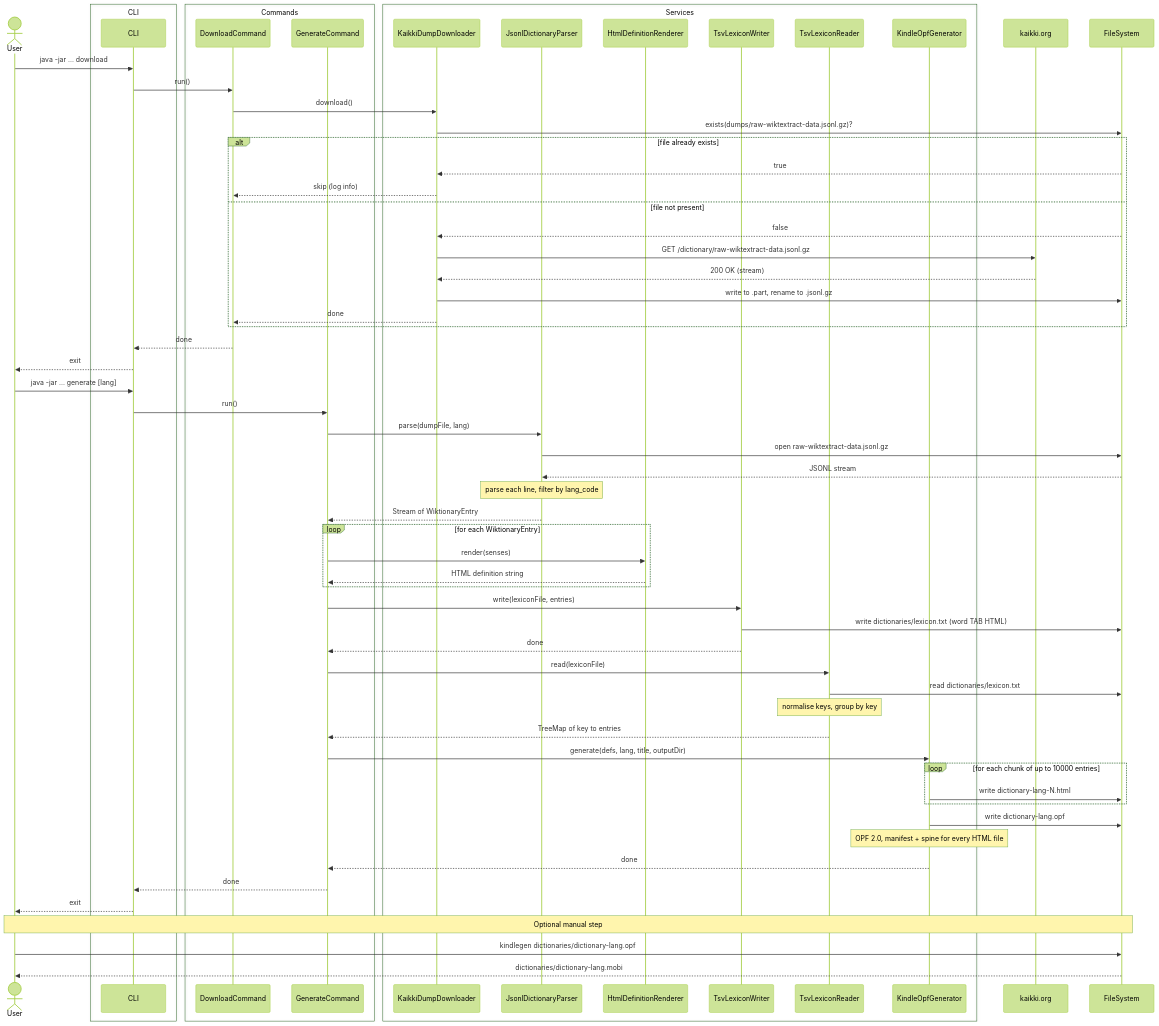
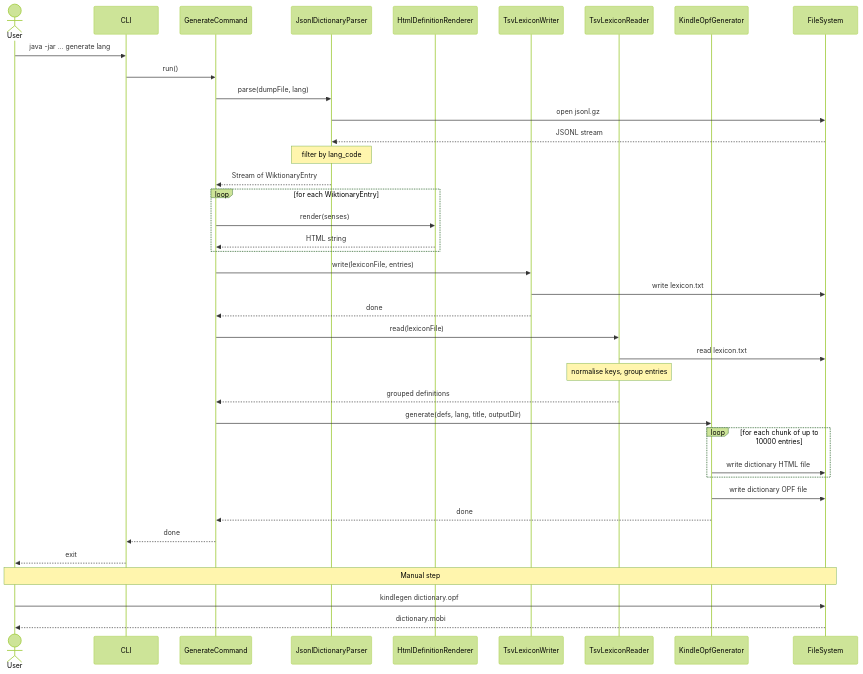
Before and after one commit to nyg/wiktionary-to-kindle: the second of 2 diagrams in docs/program-flow.md, drawn with Mermaid (forest theme).

Commit message:
docs: split sequence diagram into two, fix Mermaid syntax issues
- Split single diagram into separate Download and Generate sections
- Remove box groupings (unsupported in some GitHub Mermaid versions)
- Remove self-arrows that cause rendering issues
- Quote kaikki.org participant using 'as' alias
- Remove Unicode chars (→, ≤) and HTML tags (<br/>) from labels
- Remove {lang} template placeholders from labels

````diff
--- a/docs/program-flow.md
+++ b/docs/program-flow.md
@@ -3,89 +37,50 @@
 ```mermaid
 sequenceDiagram
     actor User
-
-    box CLI
-        participant CLI
-    end
-
-    box Commands
-        participant DownloadCommand
-        participant GenerateCommand
-    end
-
-    box Services
-        participant KaikkiDumpDownloader
-        participant JsonlDictionaryParser
-        participant HtmlDefinitionRenderer
-        participant TsvLexiconWriter
-        participant TsvLexiconReader
-        participant KindleOpfGenerator
-    end
-
-    participant kaikki.org
+    participant CLI
+    participant GenerateCommand
+    participant JsonlDictionaryParser
+    participant HtmlDefinitionRenderer
+    participant TsvLexiconWriter
+    participant TsvLexiconReader
+    participant KindleOpfGenerator
     participant FileSystem
 
-    %% ── download command ──────────────────────────────────────────────────────
-    User->>CLI: java -jar ... download
-
-    CLI->>DownloadCommand: run()
-    DownloadCommand->>KaikkiDumpDownloader: download()
-    KaikkiDumpDownloader->>FileSystem: exists(dumps/raw-wiktextract-data.jsonl.gz)?
-
-    alt file already exists
-        FileSystem-->>KaikkiDumpDownloader: true
-        KaikkiDumpDownloader-->>DownloadCommand: skip (log info)
-    else file not present
-        FileSystem-->>KaikkiDumpDownloader: false
-        KaikkiDumpDownloader->>kaikki.org: GET /dictionary/raw-wiktextract-data.jsonl.gz
-        kaikki.org-->>KaikkiDumpDownloader: 200 OK (stream)
-        KaikkiDumpDownloader->>FileSystem: write to .part, rename to .jsonl.gz
-        KaikkiDumpDownloader-->>DownloadCommand: done
-    end
-
-    DownloadCommand-->>CLI: done
-    CLI-->>User: exit
-
-    %% ── generate command ──────────────────────────────────────────────────────
-    User->>CLI: java -jar ... generate [lang]
-
+    User->>CLI: java -jar ... generate lang
     CLI->>GenerateCommand: run()
 
     GenerateCommand->>JsonlDictionaryParser: parse(dumpFile, lang)
-    JsonlDictionaryParser->>FileSystem: open raw-wiktextract-data.jsonl.gz
+    JsonlDictionaryParser->>FileSystem: open jsonl.gz
     FileSystem-->>JsonlDictionaryParser: JSONL stream
-    Note over JsonlDictionaryParser: parse each line, filter by lang_code
+    Note over JsonlDictionaryParser: filter by lang_code
     JsonlDictionaryParser-->>GenerateCommand: Stream of WiktionaryEntry
 
     loop for each WiktionaryEntry
         GenerateCommand->>HtmlDefinitionRenderer: render(senses)
-        HtmlDefinitionRenderer-->>GenerateCommand: HTML definition string
+        HtmlDefinitionRenderer-->>GenerateCommand: HTML string
     end
 
     GenerateCommand->>TsvLexiconWriter: write(lexiconFile, entries)
-    TsvLexiconWriter->>FileSystem: write dictionaries/lexicon.txt (word TAB HTML)
+    TsvLexiconWriter->>FileSystem: write lexicon.txt
     TsvLexiconWriter-->>GenerateCommand: done
 
     GenerateCommand->>TsvLexiconReader: read(lexiconFile)
-    TsvLexiconReader->>FileSystem: read dictionaries/lexicon.txt
-    Note over TsvLexiconReader: normalise keys, group by key
-    TsvLexiconReader-->>GenerateCommand: TreeMap of key to entries
+    TsvLexiconReader->>FileSystem: read lexicon.txt
+    Note over TsvLexiconReader: normalise keys, group entries
+    TsvLexiconReader-->>GenerateCommand: grouped definitions
 
     GenerateCommand->>KindleOpfGenerator: generate(defs, lang, title, outputDir)
 
     loop for each chunk of up to 10000 entries
-        KindleOpfGenerator->>FileSystem: write dictionary-lang-N.html
+        KindleOpfGenerator->>FileSystem: write dictionary HTML file
     end
 
-    KindleOpfGenerator->>FileSystem: write dictionary-lang.opf
-    Note over KindleOpfGenerator: OPF 2.0, manifest + spine for every HTML file
-
+    KindleOpfGenerator->>FileSystem: write dictionary OPF file
     KindleOpfGenerator-->>GenerateCommand: done
     GenerateCommand-->>CLI: done
     CLI-->>User: exit
 
-    %% ── kindlegen (manual step) ───────────────────────────────────────────────
-    Note over User,FileSystem: Optional manual step
-    User->>FileSystem: kindlegen dictionaries/dictionary-lang.opf
-    FileSystem-->>User: dictionaries/dictionary-lang.mobi
+    Note over User,FileSystem: Manual step
+    User->>FileSystem: kindlegen dictionary.opf
+    FileSystem-->>User: dictionary.mobi
 ```
````
